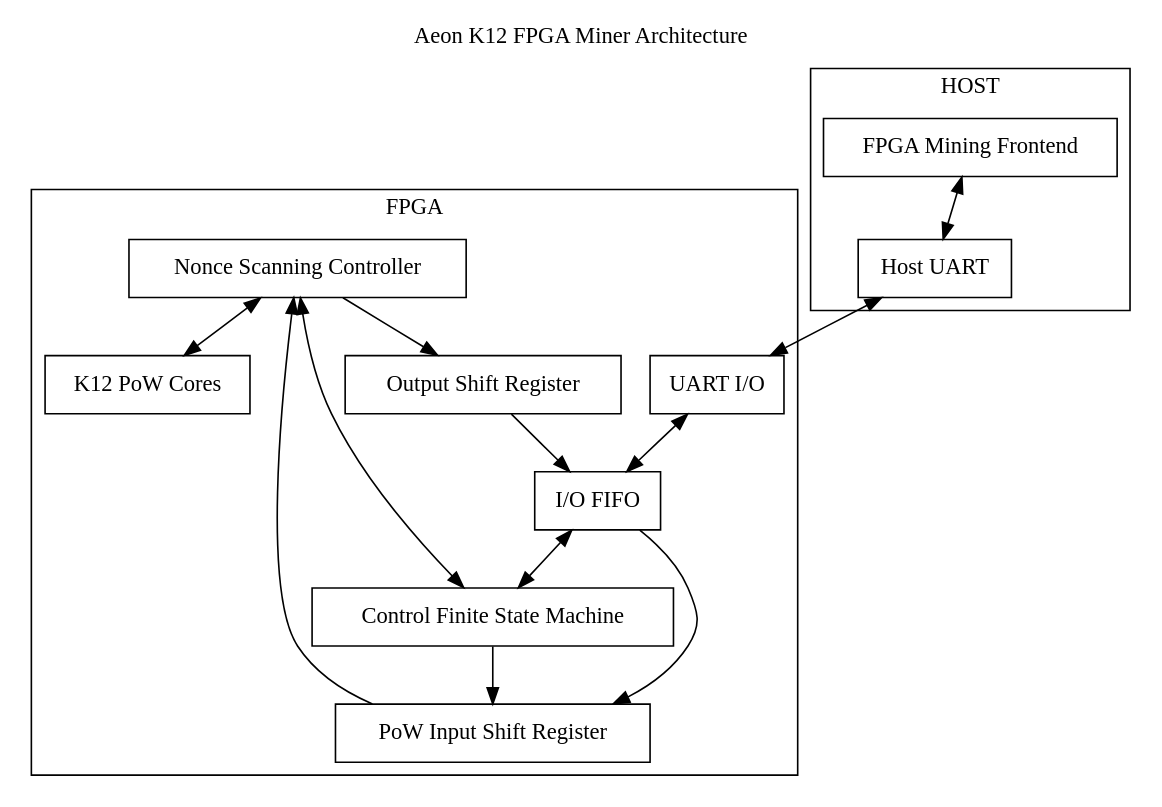
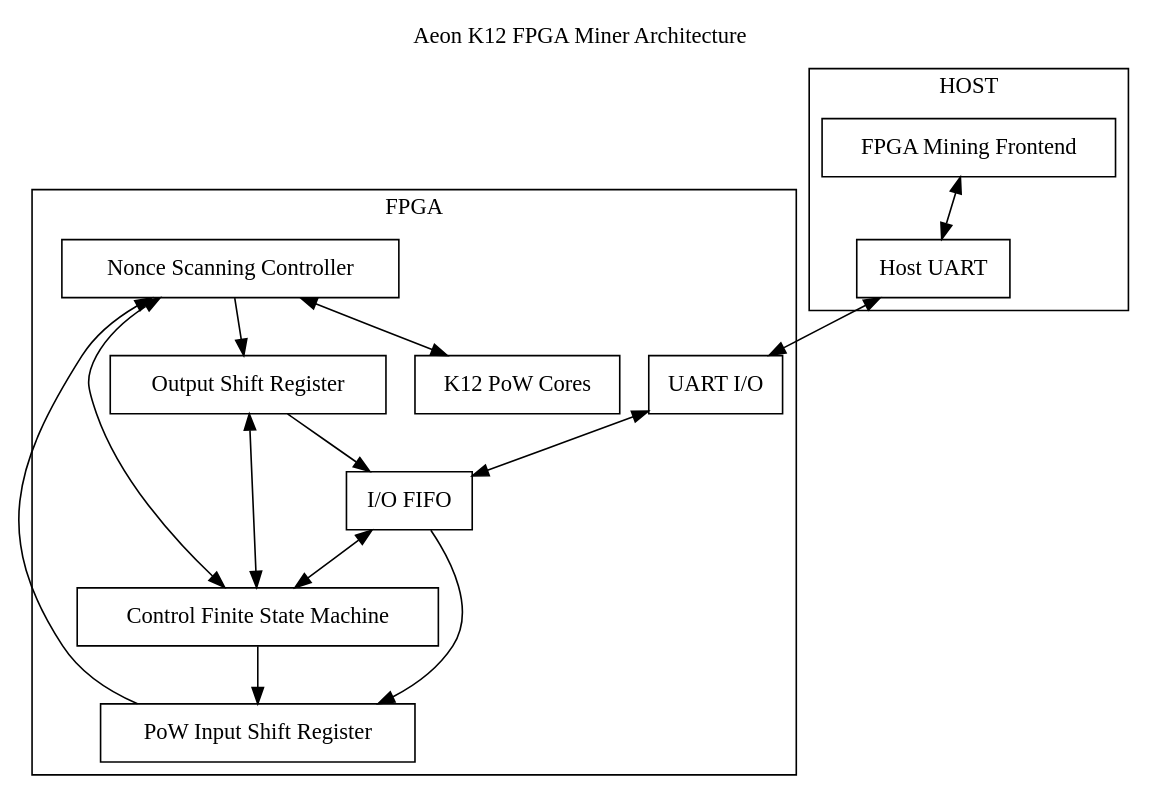
Before and after one commit to NeoChen1024/Aeon-K12-FPGA-Miner: the diagram in arch.dot, drawn with Graphviz. The commit also changed 1 other file, not shown here.

```diff
--- a/arch.dot
+++ b/arch.dot
@@ -1,38 +1,38 @@
 digraph "Aeon K12 FPGA Miner Architecture"
 {
 	labelloc="t";
 	label="Aeon K12 FPGA Miner Architecture";
 	rankdir=TD
 	node [shape=box]
 	pow [label="K12 PoW Cores"]
 	nc [label="Nonce Scanning Controller"]
 	cfsm [label="Control Finite State Machine"]
 	uart [label="UART I/O"]
 	fifo [label="I/O FIFO"]
 	isr [label="PoW Input Shift Register"]
 	osr [label="Output Shift Register"]
 
 	frontend [label="FPGA Mining Frontend"]
 	host_uart [label="Host UART"]
 
 	subgraph cluster_fpga {
-	    label = "FPGA";
+		label = "FPGA";
 
 		uart -> fifo [dir=both]
 		fifo -> cfsm [dir=both]
-		fifo -> isr
 		cfsm -> isr
 		isr -> nc
+		fifo -> isr
 		cfsm -> nc [dir=both]
 		nc -> pow [dir=both]
 		nc -> osr
 		osr -> fifo
+		cfsm -> osr [dir=both]
 	}
 	subgraph cluster_host {
-	    label = "HOST";
+		label = "HOST";
 
 		frontend -> host_uart [dir=both]
 		host_uart -> uart [dir=both]
 	}
-
 }
```
